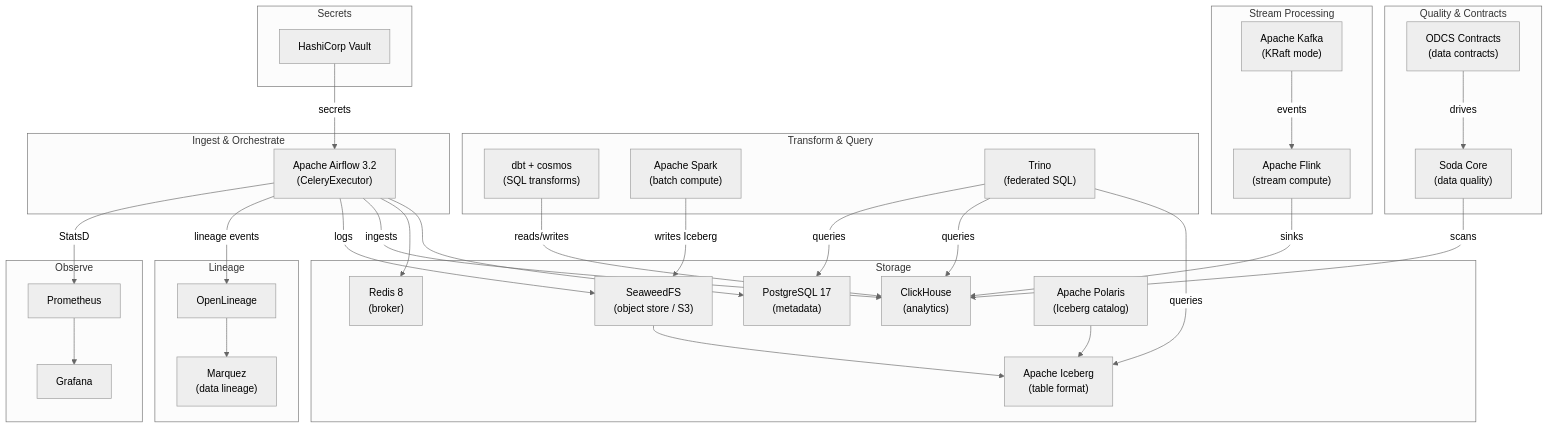
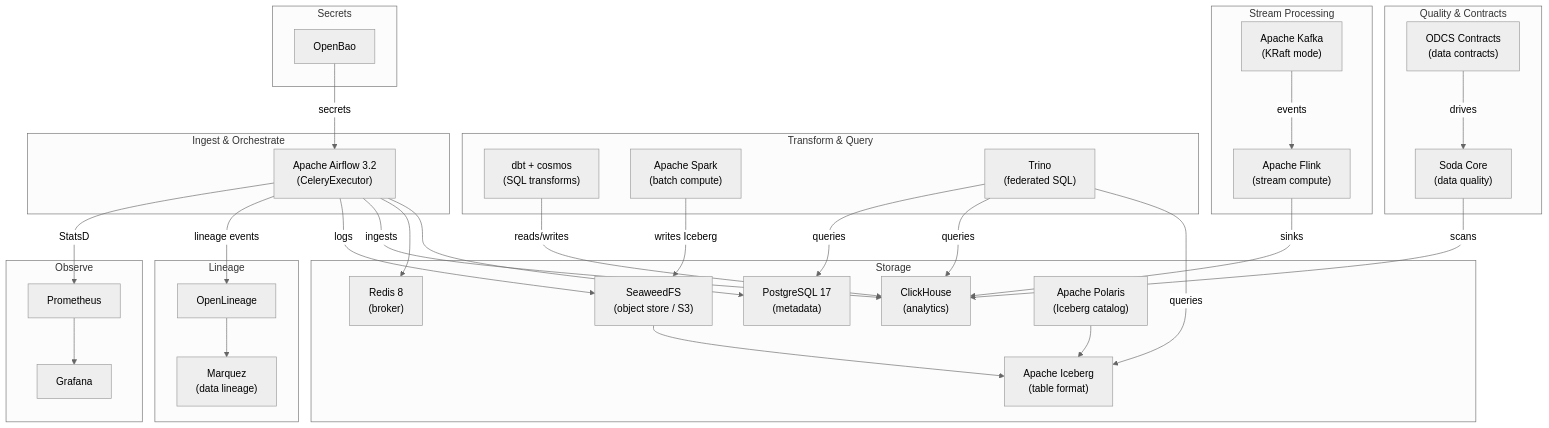
One commit to datafungi/opensource-data-platform changed the first of 2 diagrams in README.md. Above: the diagram before and after it, drawn with Mermaid (neutral theme). The commit also changed other lines of this file and 11 other files, not shown here.

First line of the commit message:
feat(secrets): replace HashiCorp Vault with OpenBao as default secrets manager

````diff
--- a/README.md
+++ b/README.md
@@ -13,64 +13,64 @@
 ```mermaid
 flowchart TB
     subgraph Ingest["Ingest & Orchestrate"]
         Airflow["Apache Airflow 3.2\n(CeleryExecutor)"]
     end
 
     subgraph Storage["Storage"]
         PG["PostgreSQL 17\n(metadata)"]
         Redis["Redis 8\n(broker)"]
         CH["ClickHouse\n(analytics)"]
         SW["SeaweedFS\n(object store / S3)"]
         IC["Apache Iceberg\n(table format)"]
         PO["Apache Polaris\n(Iceberg catalog)"]
     end
 
     subgraph Compute["Transform & Query"]
         DBT["dbt + cosmos\n(SQL transforms)"]
         Spark["Apache Spark\n(batch compute)"]
         Trino["Trino\n(federated SQL)"]
     end
 
     subgraph Stream["Stream Processing"]
         Kafka["Apache Kafka\n(KRaft mode)"]
         Flink["Apache Flink\n(stream compute)"]
     end
 
     subgraph Quality["Quality & Contracts"]
         Soda["Soda Core\n(data quality)"]
         ODCS["ODCS Contracts\n(data contracts)"]
     end
 
     subgraph Lineage["Lineage"]
         Marquez["Marquez\n(data lineage)"]
         OL["OpenLineage"]
     end
 
     subgraph Observe["Observe"]
         Prom["Prometheus"]
         Graf["Grafana"]
     end
 
     subgraph Secrets["Secrets"]
-        Vault["HashiCorp Vault"]
+        OB["OpenBao"]
     end
 
     Airflow --> PG
     Airflow --> Redis
     Airflow -->|"ingests"| CH
     Airflow -->|"logs"| SW
     DBT -->|"reads/writes"| CH
     Spark -->|"writes Iceberg"| SW
     SW --> IC
     PO --> IC
     Trino -->|"queries"| IC
     Trino -->|"queries"| CH
     Trino -->|"queries"| PG
     ODCS -->|"drives"| Soda
     Soda -->|"scans"| CH
     Kafka -->|"events"| Flink
     Flink -->|"sinks"| CH
     Airflow -->|"lineage events"| OL --> Marquez
     Airflow -->|"StatsD"| Prom --> Graf
-    Vault -->|"secrets"| Airflow
+    OB -->|"secrets"| Airflow
 ```
````
